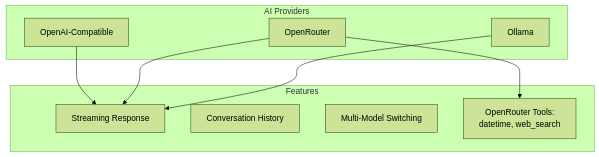
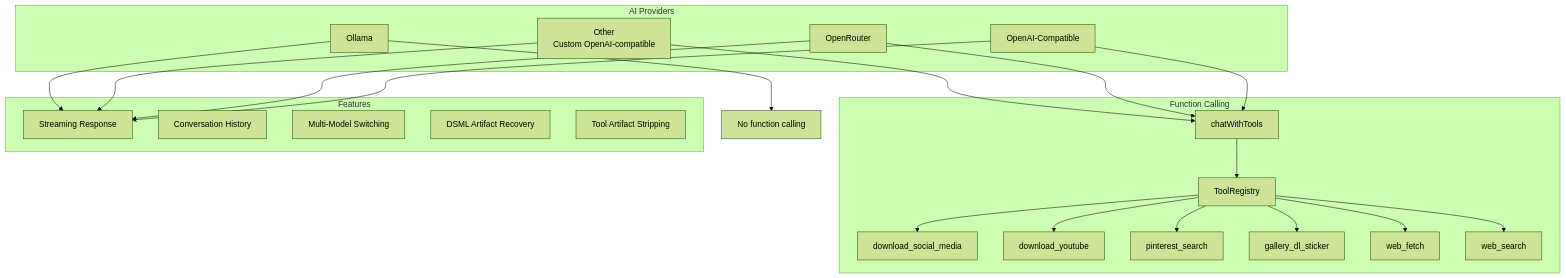
The tenth of 11 diagrams in plans/architecture-documentation.md (Maxorleans55/multi-bot), drawn with Mermaid (forest theme) before and after one commit. The commit also changed other lines of this file and 14 other files, not shown here.

First line of the commit message:
feat(ai): implement pinterest sticker tool and gallery-dl integration

````diff
--- a/plans/architecture-documentation.md
+++ b/plans/architecture-documentation.md
@@ -715,20 +803,37 @@
 ```mermaid
 flowchart TD
     subgraph AI Providers
         OAI[OpenAI-Compatible]
         OR[OpenRouter]
         OL[Ollama]
+        OTH[Other<br/>Custom OpenAI-compatible]
+    end
+    
+    subgraph "Function Calling"
+        FC[chatWithTools]
+        FC --> TR[ToolRegistry]
+        TR --> DS[download_social_media]
+        TR --> YT[download_youtube]
+        TR --> PS[pinterest_search]
+        TR --> GS[gallery_dl_sticker]
+        TR --> WF[web_fetch]
+        TR --> WS[web_search]
     end
     
     subgraph Features
         S[Streaming Response]
         H[Conversation History]
         M[Multi-Model Switching]
-        T[OpenRouter Tools:<br/>datetime, web_search]
+        DSML[DSML Artifact Recovery]
+        FILTER[Tool Artifact Stripping]
     end
     
     OAI --> S
+    OAI --> FC
     OR --> S
-    OR --> T
+    OR --> FC
+    OTH --> S
+    OTH --> FC
     OL --> S
+    OL --> xFC[No function calling]
 ```
````
